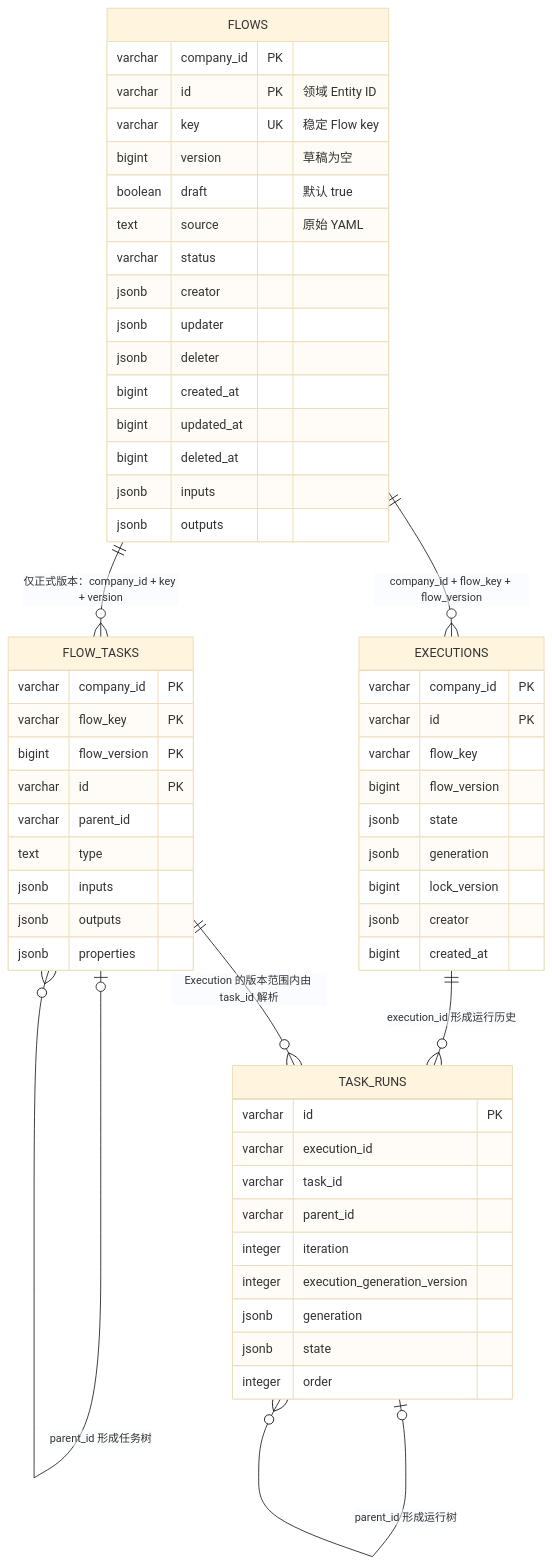
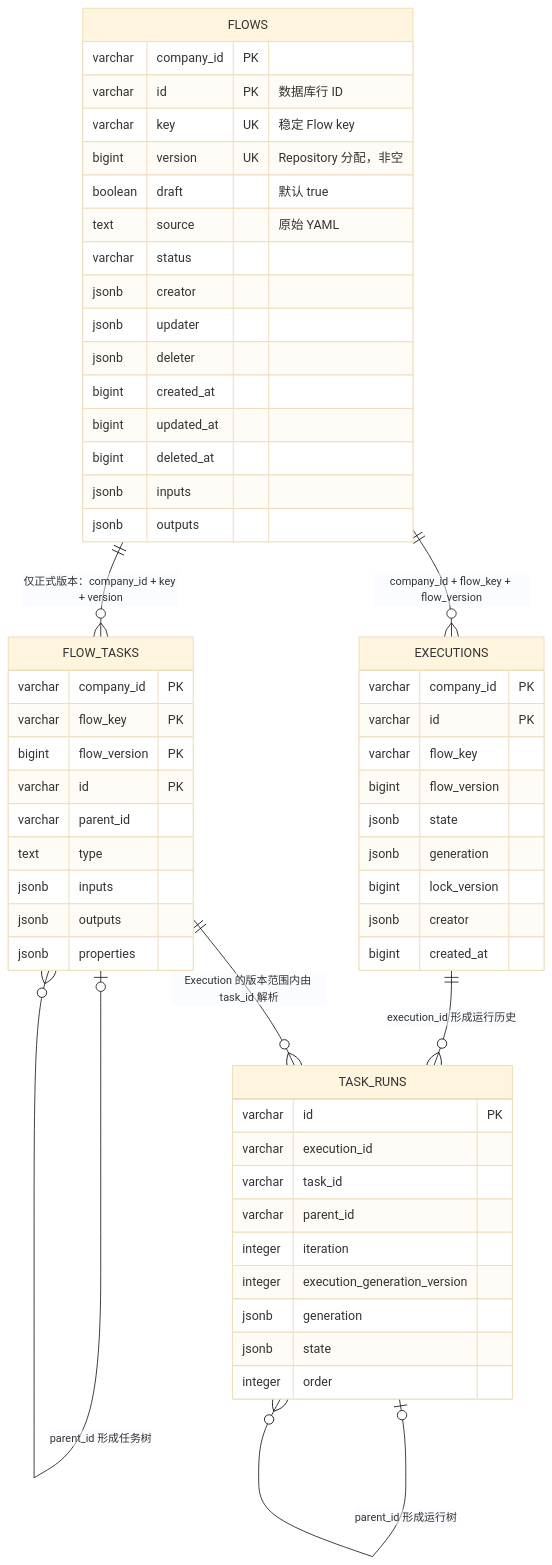
One commit to Eiddy5/flow changed the diagram in docs/harness/postgresql-repositories.md. Above: the diagram before and after it, drawn with Mermaid (base theme). The commit also changed other lines of this file and 71 other files, not shown here.

````diff
--- a/docs/harness/postgresql-repositories.md
+++ b/docs/harness/postgresql-repositories.md
@@ -10,64 +10,64 @@
 ```mermaid
 erDiagram
     FLOWS ||--o{ FLOW_TASKS : "仅正式版本：company_id + key + version"
     FLOWS ||--o{ EXECUTIONS : "company_id + flow_key + flow_version"
     FLOW_TASKS o|--o{ FLOW_TASKS : "parent_id 形成任务树"
     EXECUTIONS ||--o{ TASK_RUNS : "execution_id 形成运行历史"
     FLOW_TASKS ||--o{ TASK_RUNS : "Execution 的版本范围内由 task_id 解析"
     TASK_RUNS o|--o{ TASK_RUNS : "parent_id 形成运行树"
 
     FLOWS {
         varchar company_id PK
-        varchar id PK "领域 Entity ID"
+        varchar id PK "数据库行 ID"
         varchar key UK "稳定 Flow key"
-        bigint version "草稿为空"
+        bigint version UK "Repository 分配，非空"
         boolean draft "默认 true"
         text source "原始 YAML"
         varchar status
         jsonb creator
         jsonb updater
         jsonb deleter
         bigint created_at
         bigint updated_at
         bigint deleted_at
         jsonb inputs
         jsonb outputs
     }
 
     FLOW_TASKS {
         varchar company_id PK
         varchar flow_key PK
         bigint flow_version PK
         varchar id PK
         varchar parent_id
         text type
         jsonb inputs
         jsonb outputs
         jsonb properties
     }
 
     EXECUTIONS {
         varchar company_id PK
         varchar id PK
         varchar flow_key
         bigint flow_version
         jsonb state
         jsonb generation
         bigint lock_version
         jsonb creator
         bigint created_at
     }
 
     TASK_RUNS {
         varchar id PK
         varchar execution_id
         varchar task_id
         varchar parent_id
         integer iteration
         integer execution_generation_version
         jsonb generation
         jsonb state
         integer order
     }
 
 ```
````
